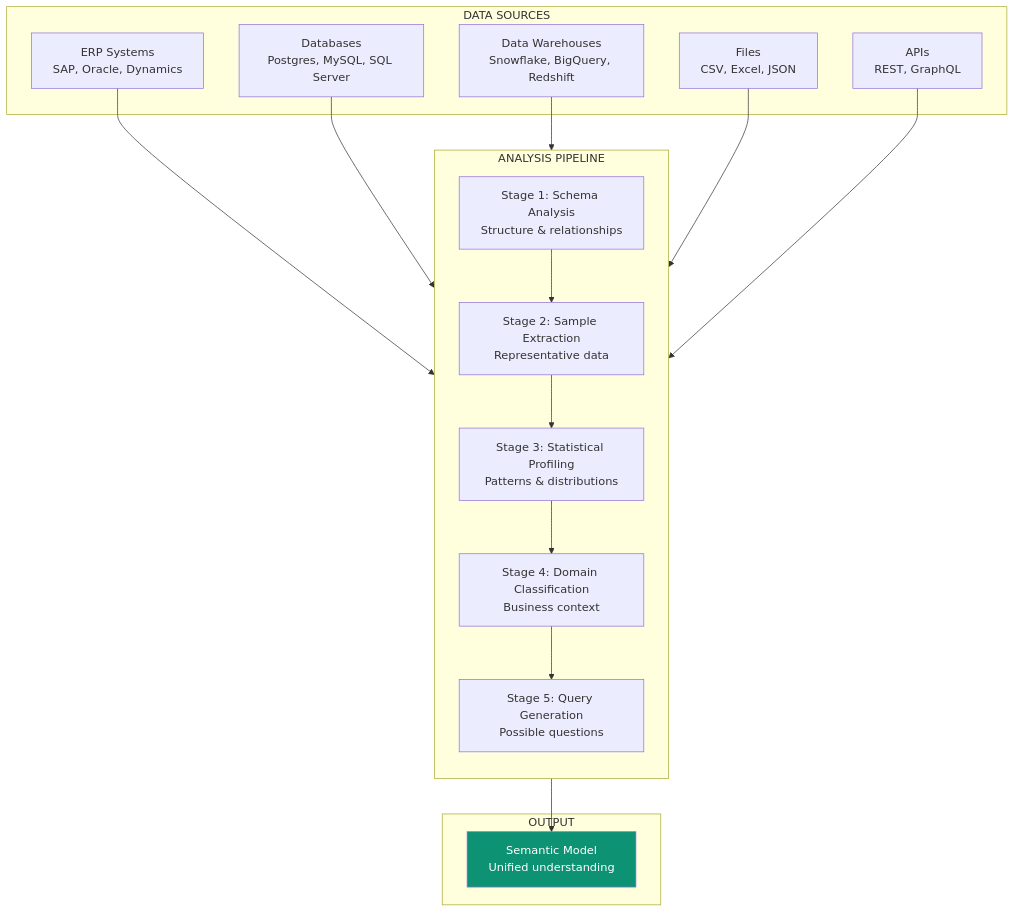
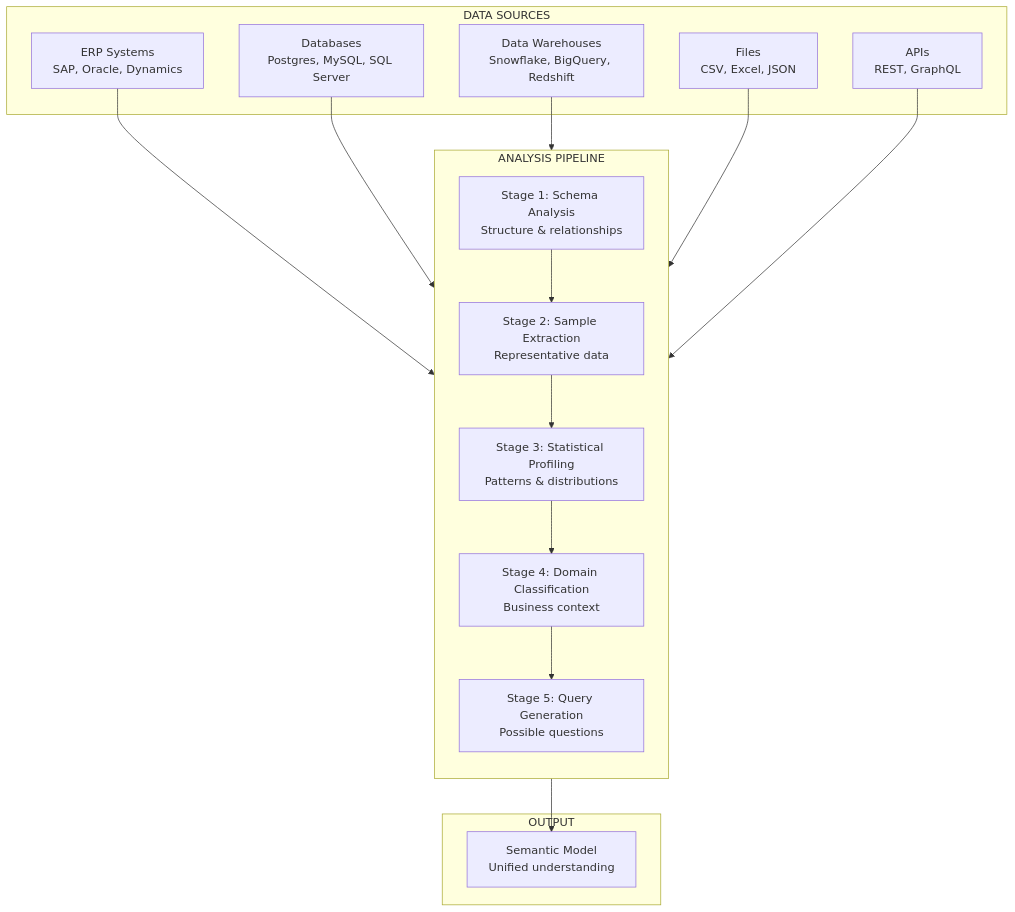
The first of 4 diagrams in ip/semantic-modeling.mdx (ashishsuperatom/tech-docs), drawn with Mermaid before and after one commit. The commit also changed other lines of this file and 37 other files, not shown here.

First line of the commit message:
Clean up docs: remove em-dashes, fix mermaid diagrams, remove emojis

````diff
--- a/ip/semantic-modeling.mdx
+++ b/ip/semantic-modeling.mdx
@@ -24,28 +24,27 @@
 ```mermaid
 flowchart TB
     subgraph SOURCES["DATA SOURCES"]
         S1["ERP Systems<br>SAP, Oracle, Dynamics"]
         S2["Databases<br>Postgres, MySQL, SQL Server"]
         S3["Data Warehouses<br>Snowflake, BigQuery, Redshift"]
         S4["Files<br>CSV, Excel, JSON"]
         S5["APIs<br>REST, GraphQL"]
     end
 
     subgraph ANALYSIS["ANALYSIS PIPELINE"]
         direction TB
         A1["Stage 1: Schema Analysis<br>Structure & relationships"]
         A2["Stage 2: Sample Extraction<br>Representative data"]
         A3["Stage 3: Statistical Profiling<br>Patterns & distributions"]
         A4["Stage 4: Domain Classification<br>Business context"]
         A5["Stage 5: Query Generation<br>Possible questions"]
     end
 
     subgraph OUTPUT["OUTPUT"]
         O1["Semantic Model<br>Unified understanding"]
     end
 
     S1 & S2 & S3 & S4 & S5 --> A1
     A1 --> A2 --> A3 --> A4 --> A5 --> O1
 
-    style O1 fill:#0D9373,color:#fff
 ```
````
